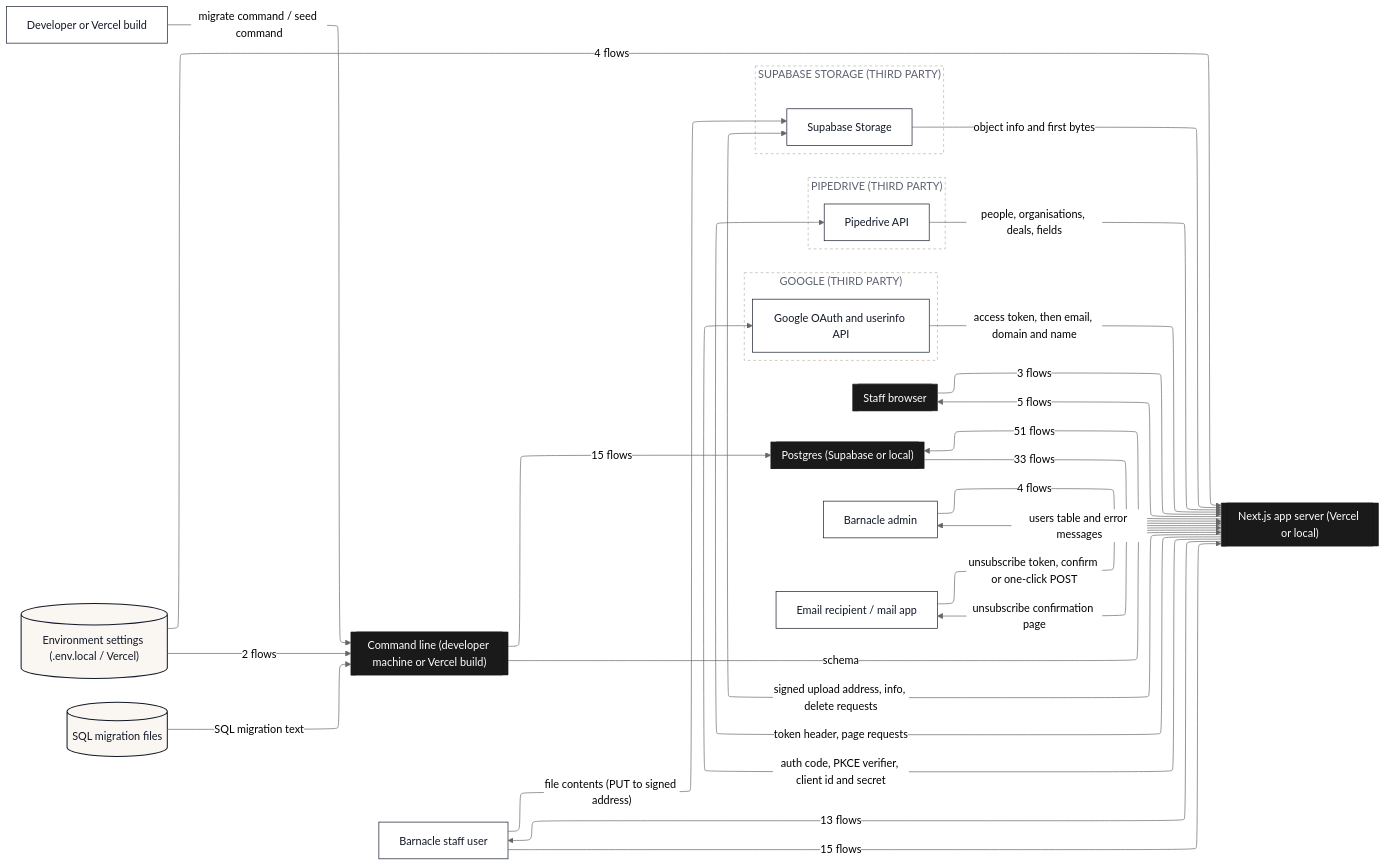
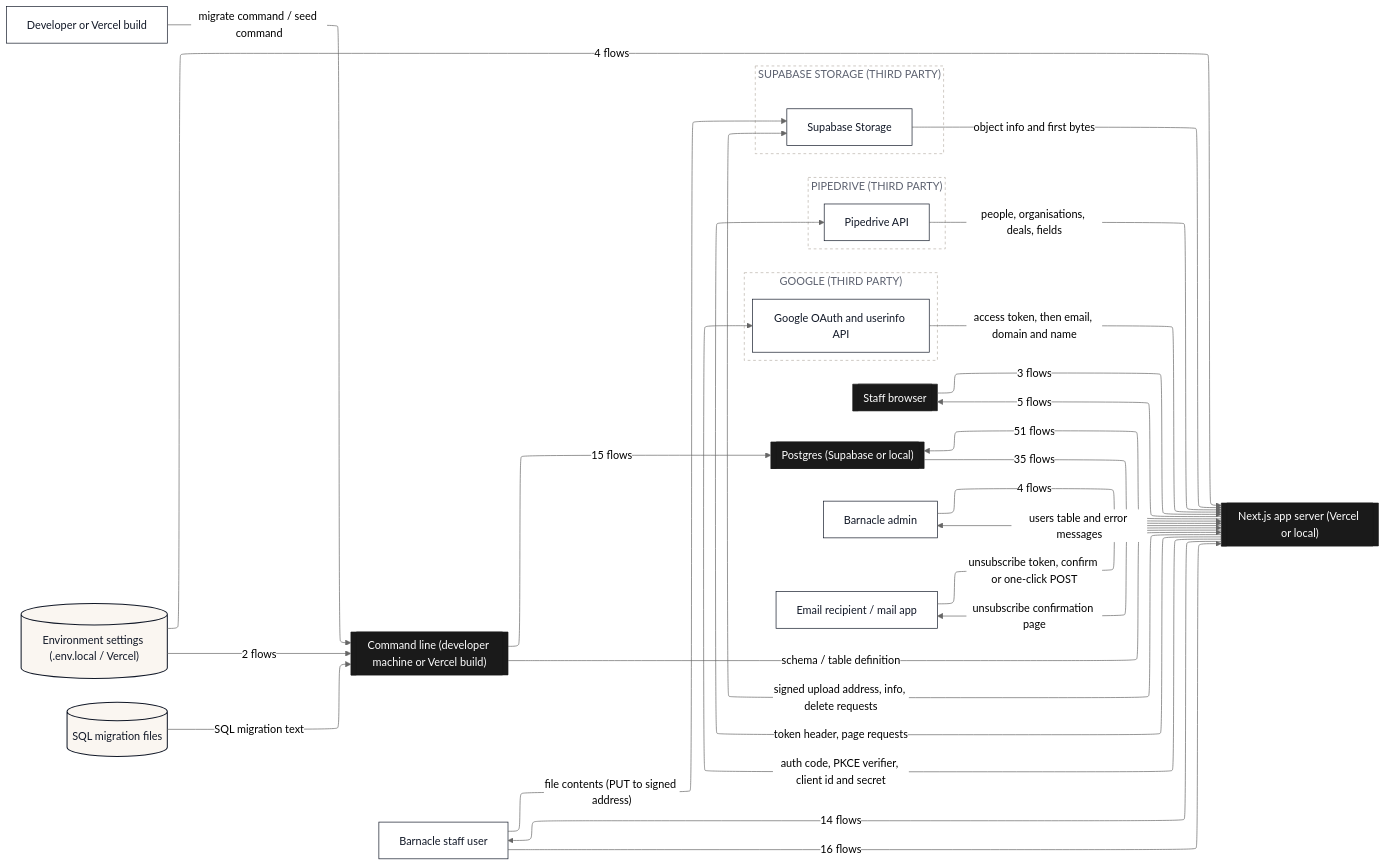
Before and after one commit to Romain-Perche/Barnacle-Pipe: the second of 15 diagrams in dataflow/DATAFLOW.md, drawn with Mermaid (neutral theme). The commit also changed other lines of this file and 12 other files, not shown here.

````diff
--- a/dataflow/DATAFLOW.md
+++ b/dataflow/DATAFLOW.md
@@ -137,61 +143,61 @@
 ```mermaid
 ---
 config:
   layout: elk
 ---
 flowchart LR
     n1[["Next.js app server (Vercel or local)"]]
     n2[["Staff browser"]]
     n3[["Command line (developer machine or Vercel build)"]]
     n4[["Postgres (Supabase or local)"]]
     n5["Barnacle admin"]
     n6["Developer or Vercel build"]
     n7["Email recipient / mail app"]
     n8[("Environment settings (.env.local / Vercel)")]
     n9[("SQL migration files")]
     n10["Barnacle staff user"]
     subgraph z1["GOOGLE (THIRD PARTY)"]
         n11["Google OAuth and userinfo API"]
     end
     subgraph z2["PIPEDRIVE (THIRD PARTY)"]
         n12["Pipedrive API"]
     end
     subgraph z3["SUPABASE STORAGE (THIRD PARTY)"]
         n13["Supabase Storage"]
     end
     n1 -->|"51 flows"| n4
-    n1 -->|"13 flows"| n10
-    n4 -->|"33 flows"| n1
+    n1 -->|"14 flows"| n10
+    n4 -->|"35 flows"| n1
     n5 -->|"4 flows"| n1
     n2 -->|"3 flows"| n1
     n6 -->|"migrate command / seed command"| n3
     n7 -->|"unsubscribe token, confirm or one-click POST"| n1
     n8 -->|"4 flows"| n1
     n8 -->|"2 flows"| n3
     n1 -->|"5 flows"| n2
     n1 -->|"signed upload address, info, delete requests"| n13
     n1 -->|"auth code, PKCE verifier, client id and secret"| n11
     n11 -->|"access token, then email, domain and name"| n1
     n3 -->|"15 flows"| n4
-    n3 -->|"schema"| n1
+    n3 -->|"schema / table definition"| n1
     n9 -->|"SQL migration text"| n3
     n12 -->|"people, organisations, deals, fields"| n1
     n1 -->|"token header, page requests"| n12
-    n10 -->|"15 flows"| n1
+    n10 -->|"16 flows"| n1
     n10 -->|"file contents (PUT to signed address)"| n13
     n13 -->|"object info and first bytes"| n1
     n1 -->|"unsubscribe confirmation page"| n7
     n1 -->|"users table and error messages"| n5
     classDef actor fill:#FFFFFF,stroke:#111827,stroke-width:1px,color:#111827
     classDef process fill:#EDEAFF,stroke:#2B00FF,stroke-width:1.5px,color:#111827
     classDef store fill:#FAF6F1,stroke:#111827,stroke-width:1.5px,color:#111827
     classDef zone fill:#1A1A1A,stroke:#1A1A1A,color:#FFFFFF
     classDef group fill:#2B00FF,stroke:#2B00FF,color:#FFFFFF
     classDef stub fill:#FFFFFF,stroke:#2B00FF,stroke-width:1.5px,stroke-dasharray:5 4,color:#2B00FF
     class n5,n6,n7,n10,n11,n12,n13 actor
     class n8,n9 store
     class n1,n2,n3,n4 zone
     style z1 fill:#FFFFFF,stroke:#B9B2A8,stroke-dasharray:4 4,color:#5D6270
     style z2 fill:#FFFFFF,stroke:#B9B2A8,stroke-dasharray:4 4,color:#5D6270
     style z3 fill:#FFFFFF,stroke:#B9B2A8,stroke-dasharray:4 4,color:#5D6270
 ```
````
